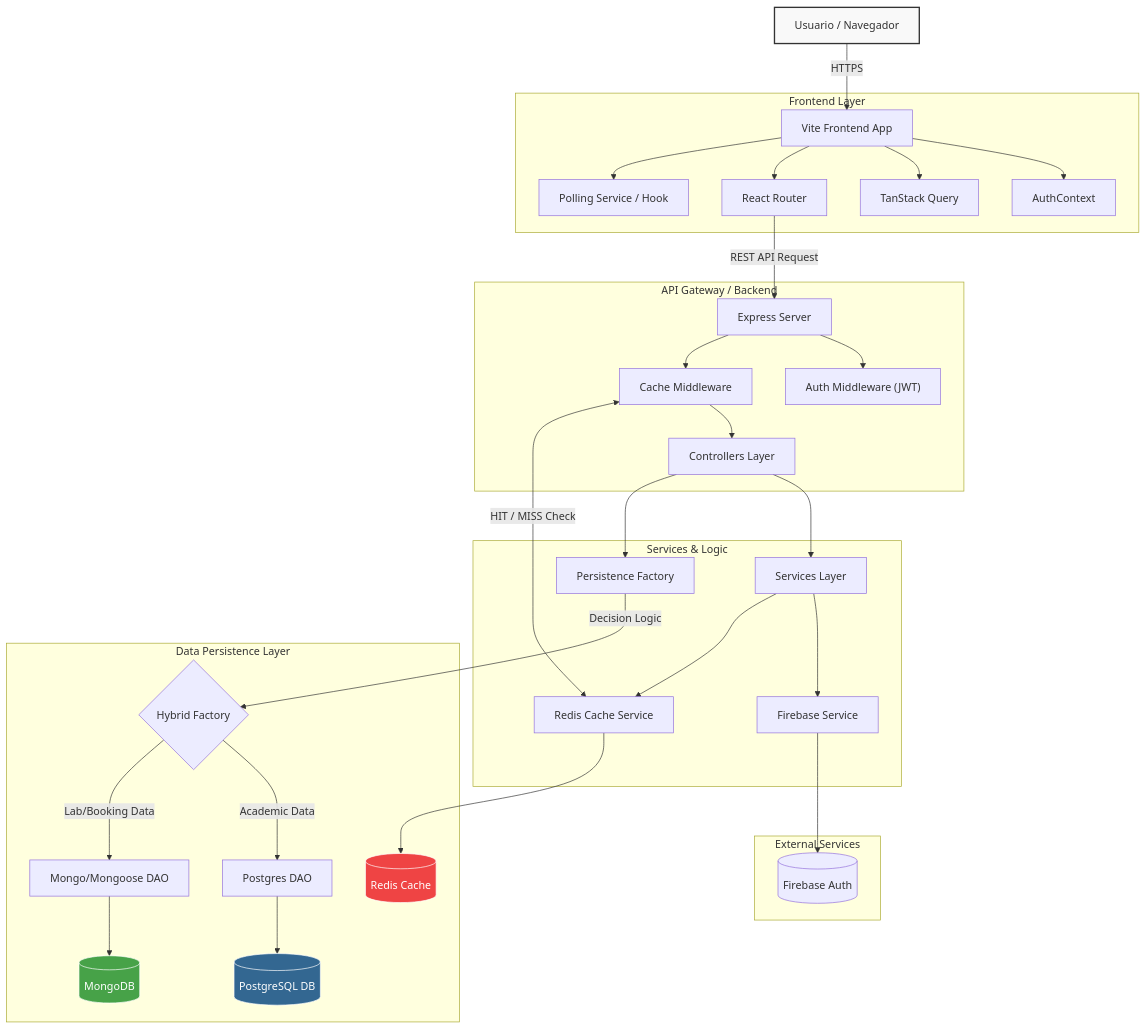
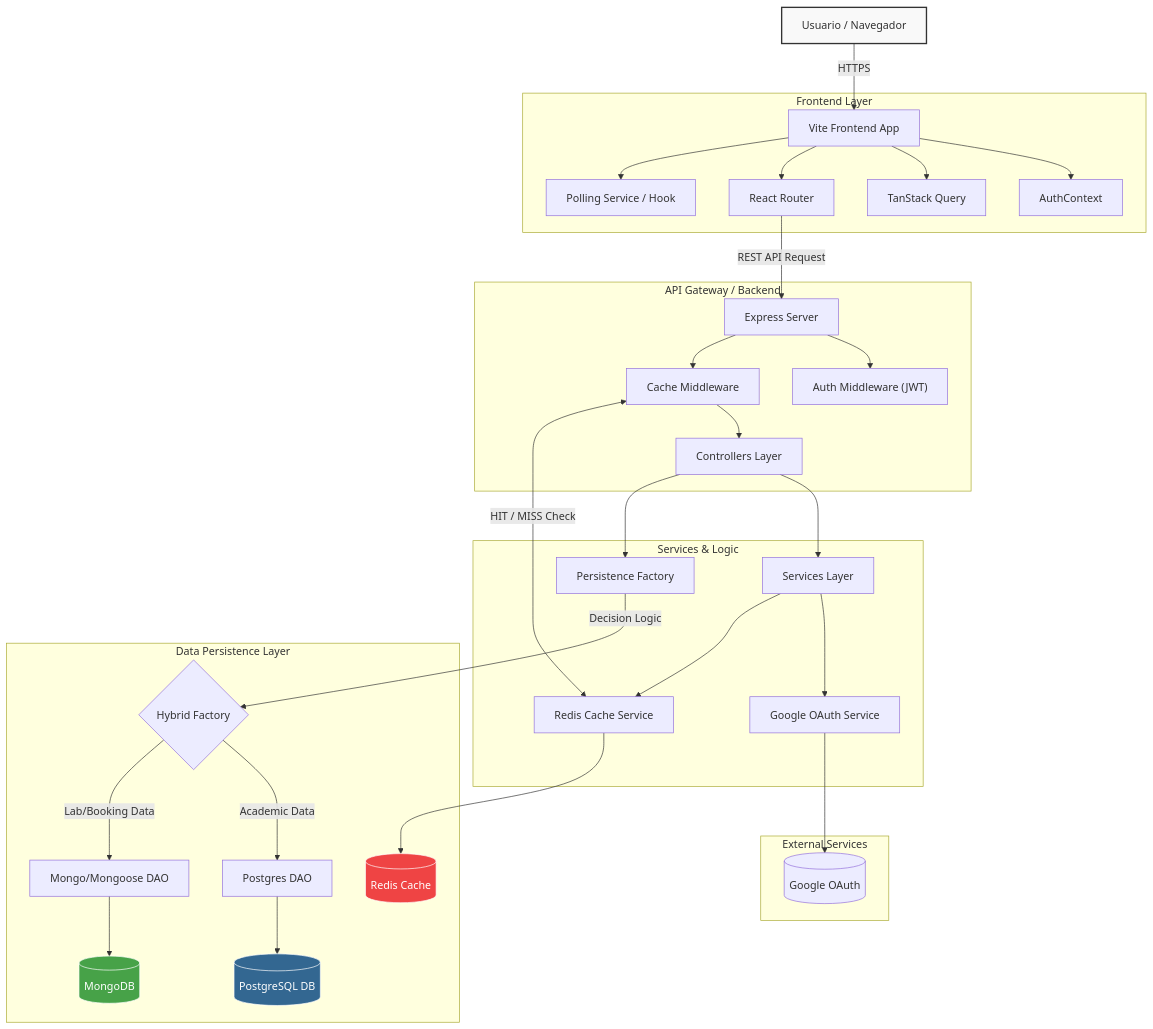
Before and after one commit to BryanS1996/Sistema_Laboratorios_Arqui: the diagram in FULL_ARCHITECTURE.md, drawn with Mermaid. The commit also changed other lines of this file and 69 other files, not shown here.

````diff
--- a/FULL_ARCHITECTURE.md
+++ b/FULL_ARCHITECTURE.md
@@ -9,46 +9,46 @@
 ```mermaid
 graph TD
     User[Usuario / Navegador] -->|HTTPS| Frontend[Vite Frontend App]
     
     subgraph "Frontend Layer"
         Frontend --> AuthCtx[AuthContext]
         Frontend --> Query[TanStack Query]
         Frontend --> Router[React Router]
         Frontend --> Polling[Polling Service / Hook]
     end
     
     subgraph "API Gateway / Backend"
         Router -->|REST API Request| Express[Express Server]
         Express --> AuthMw["Auth Middleware (JWT)"]
         Express --> CacheMw[Cache Middleware]
         CacheMw --> Controllers[Controllers Layer]
     end
     
     subgraph "Services & Logic"
         Controllers --> Svc[Services Layer]
         Controllers --> Factory[Persistence Factory]
-        Svc --> FirebaseSvc[Firebase Service]
+        Svc --> GoogleSvc[Google OAuth Service]
         Svc --> RedisSvc[Redis Cache Service]
     end
     
     subgraph "Data Persistence Layer"
         Factory -->|Decision Logic| HybridDao{Hybrid Factory}
         HybridDao -->|Academic Data| PgDAO[Postgres DAO]
         HybridDao -->|Lab/Booking Data| MongoDAO["Mongo/Mongoose DAO"]
         CacheMw <-->|HIT / MISS Check| RedisSvc
         
         PgDAO --> Postgres[(PostgreSQL DB)]
         MongoDAO --> MongoDB[(MongoDB)]
         RedisSvc --> RedisDB[(Redis Cache)]
     end
     
     subgraph "External Services"
-        FirebaseSvc --> Firebase[(Firebase Auth)]
+        GoogleSvc --> Google[(Google OAuth)]
     end
 
     %% Estilos Profesionales
     style User fill:#f9f9f9,stroke:#333,stroke-width:2px
     style RedisDB fill:#ef4444,stroke:#fff,color:#fff
     style Postgres fill:#336791,stroke:#fff,color:#fff
     style MongoDB fill:#47a248,stroke:#fff,color:#fff
 ```
````
